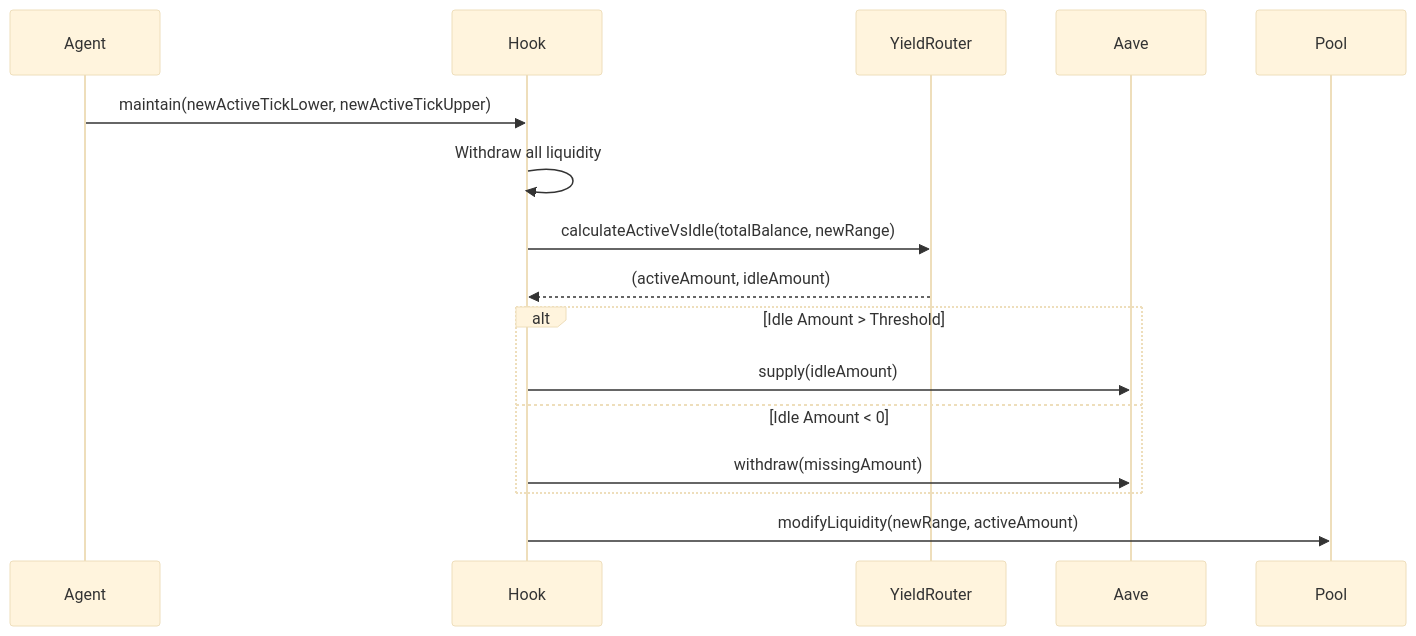
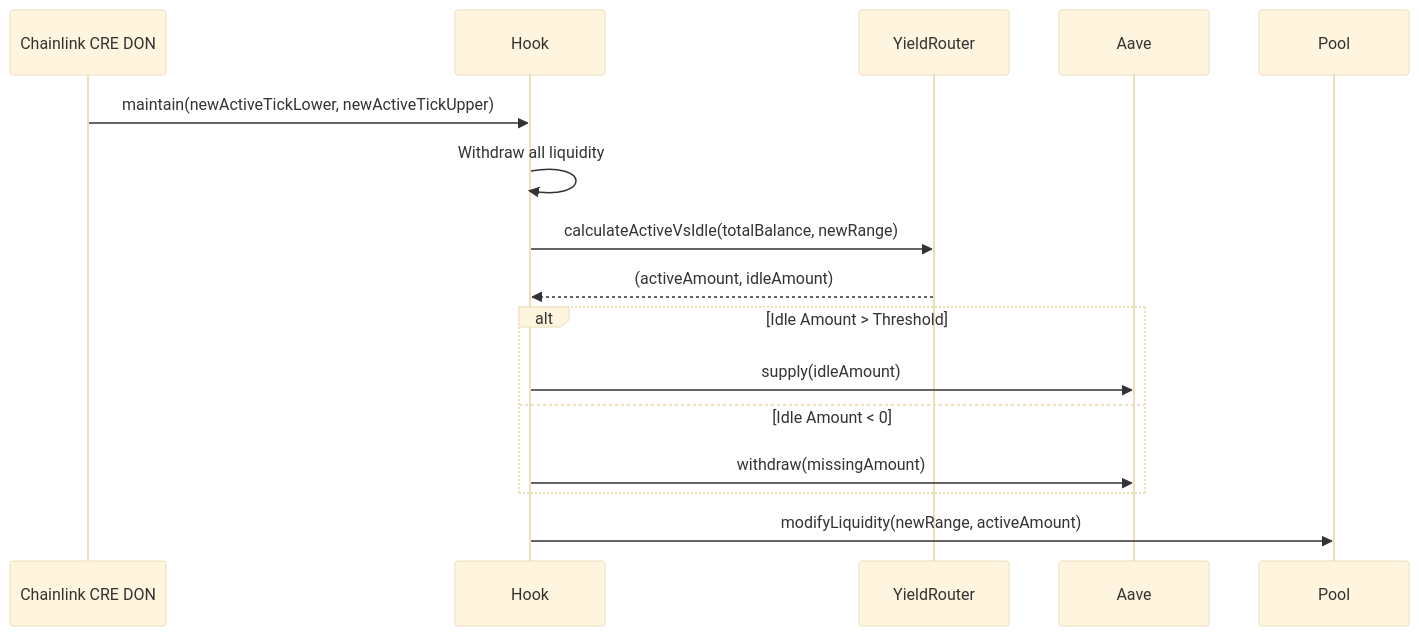
One commit to sahil-kaushik1/Uniswap-Sentinel changed the second of 2 diagrams in agents.md. Above: the diagram before and after it, drawn with Mermaid (base theme). The commit also changed other lines of this file and 1 other file, not shown here.

````diff
--- a/agents.md
+++ b/agents.md
@@ -36,21 +38,21 @@
 ```mermaid
 sequenceDiagram
-    participant Agent
+    participant CRE as Chainlink CRE DON
     participant Hook
     participant YieldRouter
     participant Aave
     participant Pool
 
-    Agent->>Hook: maintain(newActiveTickLower, newActiveTickUpper)
+    CRE->>Hook: maintain(newActiveTickLower, newActiveTickUpper)
     Hook->>Hook: Withdraw all liquidity
     Hook->>YieldRouter: calculateActiveVsIdle(totalBalance, newRange)
     YieldRouter-->>Hook: (activeAmount, idleAmount)
     
     alt Idle Amount > Threshold
         Hook->>Aave: supply(idleAmount)
     else Idle Amount < 0
         Hook->>Aave: withdraw(missingAmount)
     end
     
     Hook->>Pool: modifyLiquidity(newRange, activeAmount)
 ```
````
